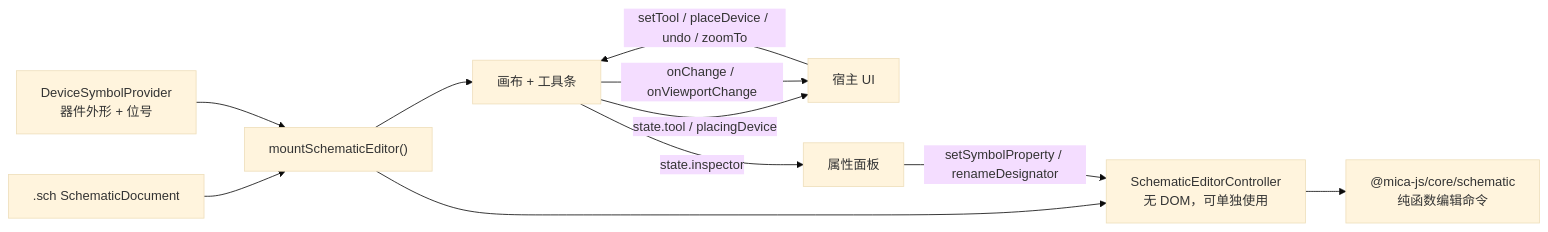
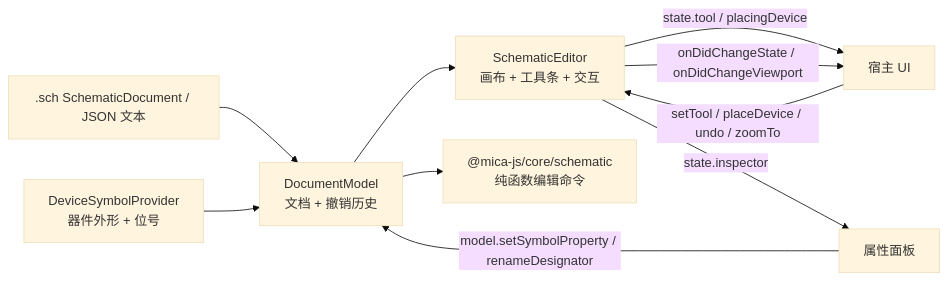
One commit to x-botlab/mica-js changed the first of 2 diagrams in packages/schematic-editor/README.md. Above: the diagram before and after it, drawn with Mermaid (base theme). The commit also changed other lines of this file and 391 other files, not shown here.

````diff
--- a/packages/schematic-editor/README.md
+++ b/packages/schematic-editor/README.md
@@ -9,16 +9,14 @@
 ```mermaid
 flowchart LR
-  sch[".sch SchematicDocument"] --> mount["mountSchematicEditor()"]
-  devices["DeviceSymbolProvider<br/>器件外形 + 位号"] --> mount
-
-  mount --> editor["画布 + 工具条"]
-  mount --> controller["SchematicEditorController<br/>无 DOM，可单独使用"]
+  sch[".sch SchematicDocument / JSON 文本"] --> model["DocumentModel<br/>文档 + 撤销历史"]
+  devices["DeviceSymbolProvider<br/>器件外形 + 位号"] --> model
+  model --> editor["SchematicEditor<br/>画布 + 工具条 + 交互"]
 
   editor -->|"state.tool / placingDevice"| hostUI["宿主 UI"]
   editor -->|"state.inspector"| panel["属性面板"]
-  editor -->|"onChange / onViewportChange"| hostUI
+  editor -->|"onDidChangeState / onDidChangeViewport"| hostUI
   hostUI -->|"setTool / placeDevice / undo / zoomTo"| editor
-  panel -->|"setSymbolProperty / renameDesignator"| controller
+  panel -->|"model.setSymbolProperty / renameDesignator"| model
 
-  controller --> core["@mica-js/core/schematic<br/>纯函数编辑命令"]
+  model --> core["@mica-js/core/schematic<br/>纯函数编辑命令"]
 ```
````
